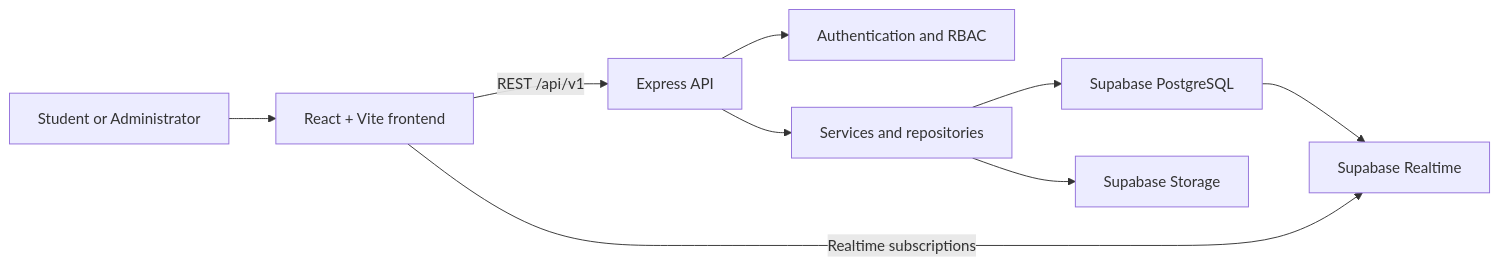
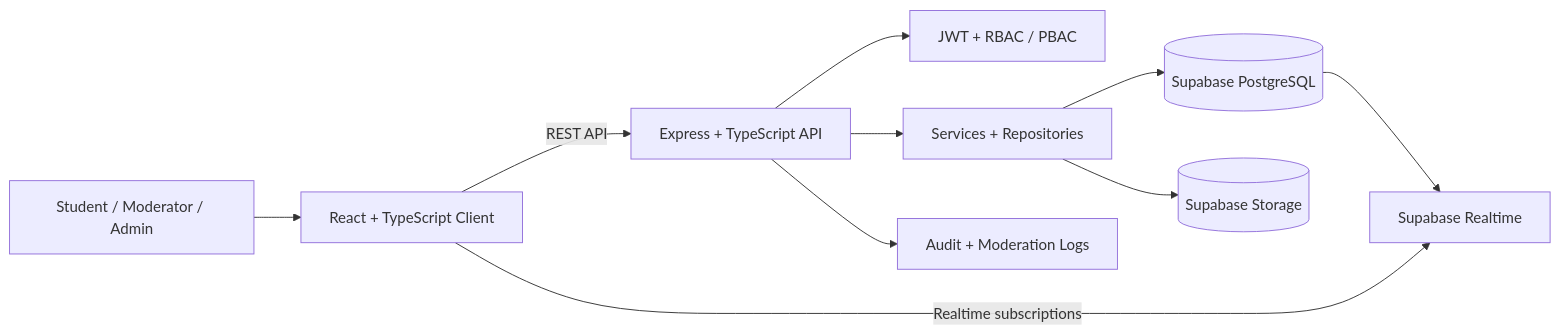
The first of 2 diagrams in README.md (usman611b/CampusArchive), drawn with Mermaid before and after one commit. The commit also changed other lines of this file and 1 other file, not shown here.

````diff
--- a/README.md
+++ b/README.md
@@ -125,11 +43,12 @@
 ```mermaid
 flowchart LR
-    U["Student or Administrator"] --> R["React + Vite frontend"]
-    R -->|"REST /api/v1"| E["Express API"]
-    R -->|"Realtime subscriptions"| RT["Supabase Realtime"]
-    E --> A["Authentication and RBAC"]
-    E --> S["Services and repositories"]
-    S --> DB["Supabase PostgreSQL"]
-    S --> ST["Supabase Storage"]
+    U[Student / Moderator / Admin] --> FE[React + TypeScript Client]
+    FE -->|REST API| API[Express + TypeScript API]
+    FE -->|Realtime subscriptions| RT[Supabase Realtime]
+    API --> AUTH[JWT + RBAC / PBAC]
+    API --> SVC[Services + Repositories]
+    SVC --> DB[(Supabase PostgreSQL)]
+    SVC --> ST[(Supabase Storage)]
     DB --> RT
+    API --> AUDIT[Audit + Moderation Logs]
 ```
````
